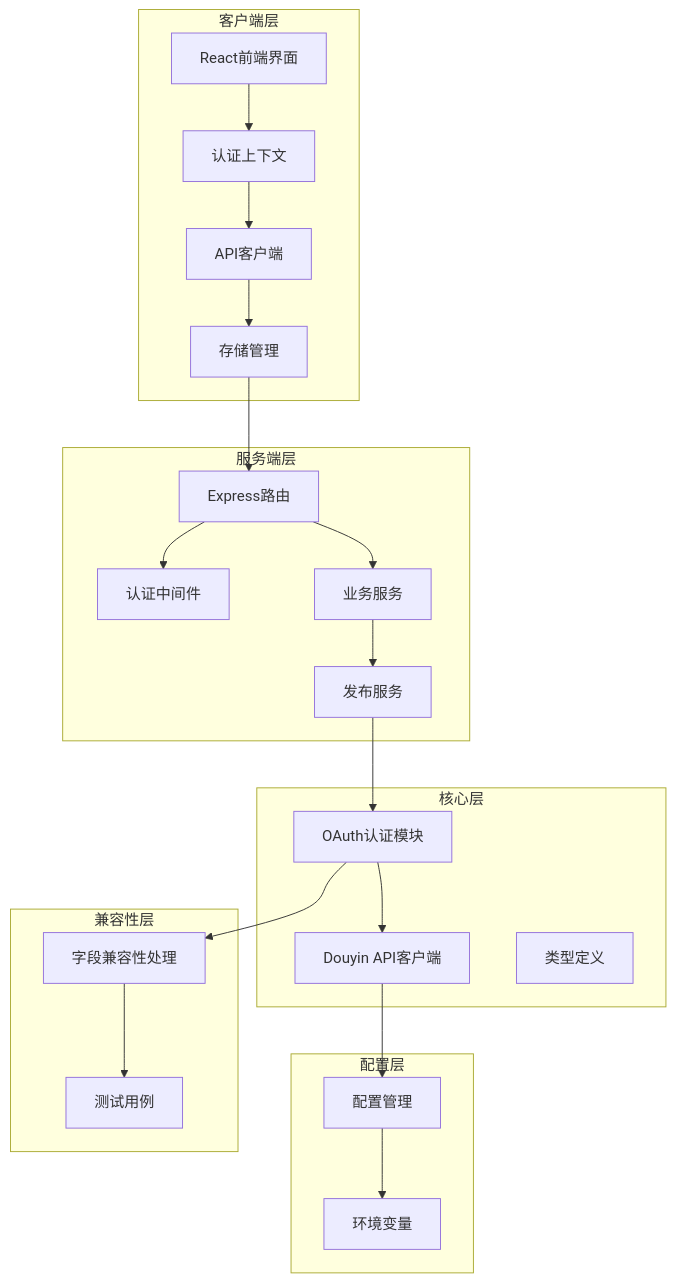
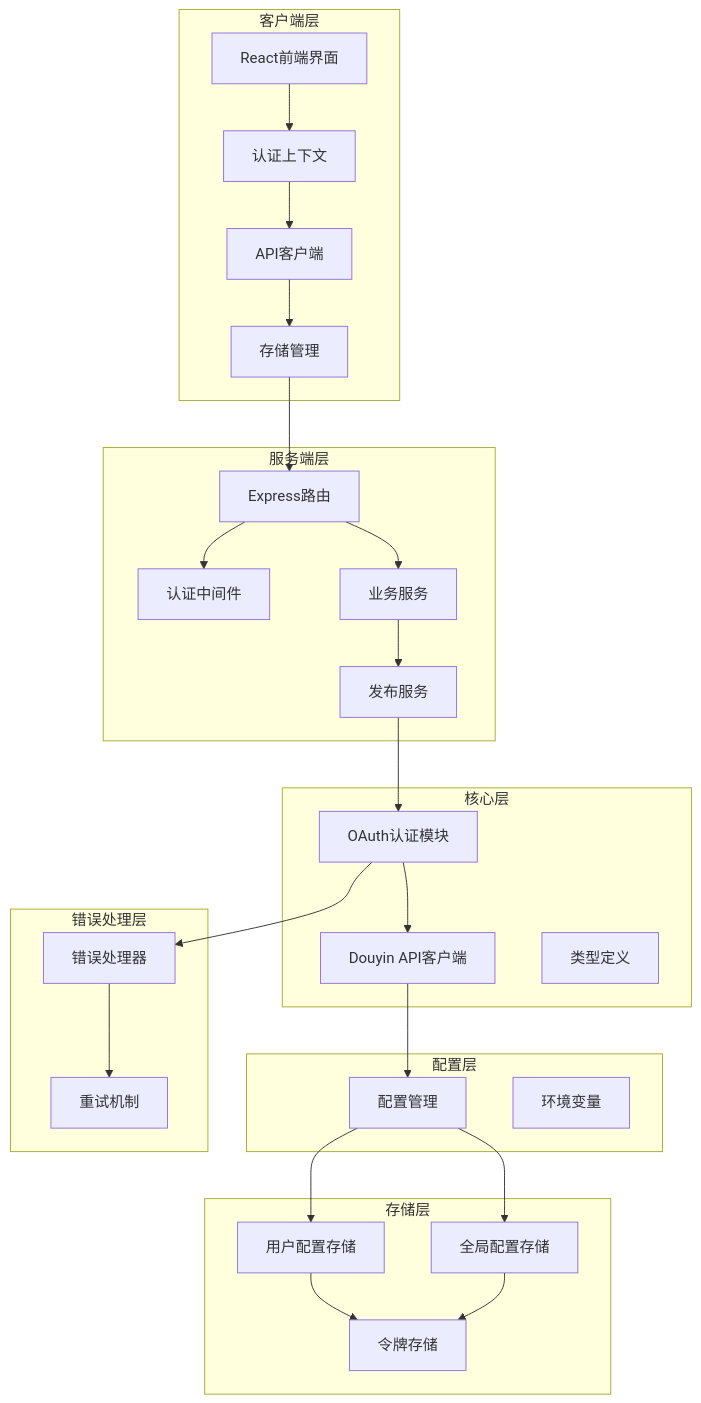
The first of 15 diagrams in .qoder/repowiki/zh/content/核心模块详解/认证模块/抖音OAuth集成.md (songdiyang/clawOperations), drawn with Mermaid before and after one commit. The commit also changed other lines of this file and 6 other files, not shown here.

````diff
--- a/.qoder/repowiki/zh/content/核心模块详解/认证模块/抖音OAuth集成.md
+++ b/.qoder/repowiki/zh/content/核心模块详解/认证模块/抖音OAuth集成.md
@@ -61,41 +60,49 @@
 ```mermaid
 graph TB
 subgraph "客户端层"
 UI[React前端界面]
 AuthCtx[认证上下文]
 API[API客户端]
 Storage[存储管理]
 end
 subgraph "服务端层"
 Router[Express路由]
 AuthMW[认证中间件]
 Services[业务服务]
 Publisher[发布服务]
 end
 subgraph "核心层"
 OAuth[OAuth认证模块]
 Client[Douyin API客户端]
 Types[类型定义]
 end
 subgraph "配置层"
 Config[配置管理]
 Env[环境变量]
 end
-subgraph "兼容性层"
-Compat[字段兼容性处理]
-Test[测试用例]
+subgraph "存储层"
+UserConfig[用户配置存储]
+GlobalConfig[全局配置存储]
+TokenStorage[令牌存储]
+end
+subgraph "错误处理层"
+ErrorHandler[错误处理器]
+RetryMechanism[重试机制]
 end
 UI --> AuthCtx
 AuthCtx --> API
 API --> Storage
 Storage --> Router
 Router --> AuthMW
 Router --> Services
 Services --> Publisher
 Publisher --> OAuth
 OAuth --> Client
 Client --> Config
-Config --> Env
-OAuth --> Compat
-Compat --> Test
+Config --> UserConfig
+Config --> GlobalConfig
+UserConfig --> TokenStorage
+GlobalConfig --> TokenStorage
+OAuth --> ErrorHandler
+ErrorHandler --> RetryMechanism
 ```
````
